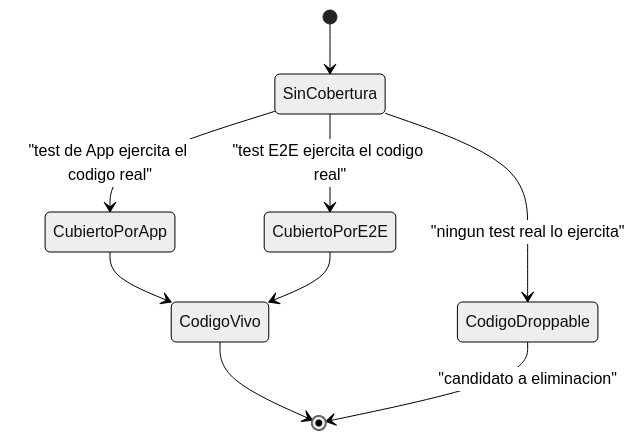
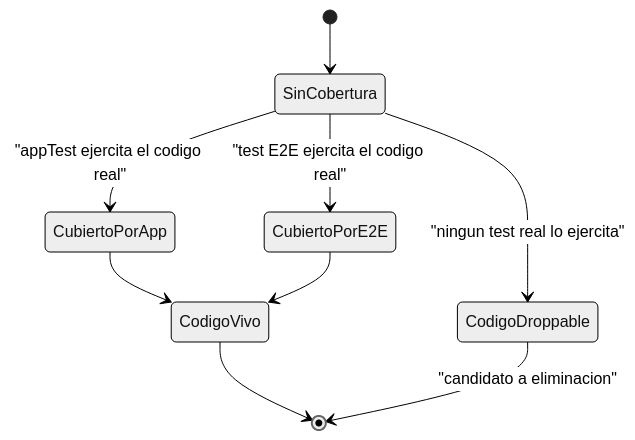
The eighth of 10 diagrams in docs/execution/red.md (virgenherrera/idea-to-mvp), drawn with Mermaid (neutral theme) before and after one commit. The commit also changed other lines of this file and 30 other files, not shown here.

````diff
--- a/docs/execution/red.md
+++ b/docs/execution/red.md
@@ -461,11 +488,11 @@
 ```mermaid
 stateDiagram-v2
     [*] --> SinCobertura
-    SinCobertura --> CubiertoPorApp: "test de App ejercita el codigo real"
+    SinCobertura --> CubiertoPorApp: "appTest ejercita el codigo real"
     SinCobertura --> CubiertoPorE2E: "test E2E ejercita el codigo real"
     CubiertoPorApp --> CodigoVivo
     CubiertoPorE2E --> CodigoVivo
     SinCobertura --> CodigoDroppable: "ningun test real lo ejercita"
     CodigoVivo --> [*]
     CodigoDroppable --> [*]: "candidato a eliminacion"
 ```
````
